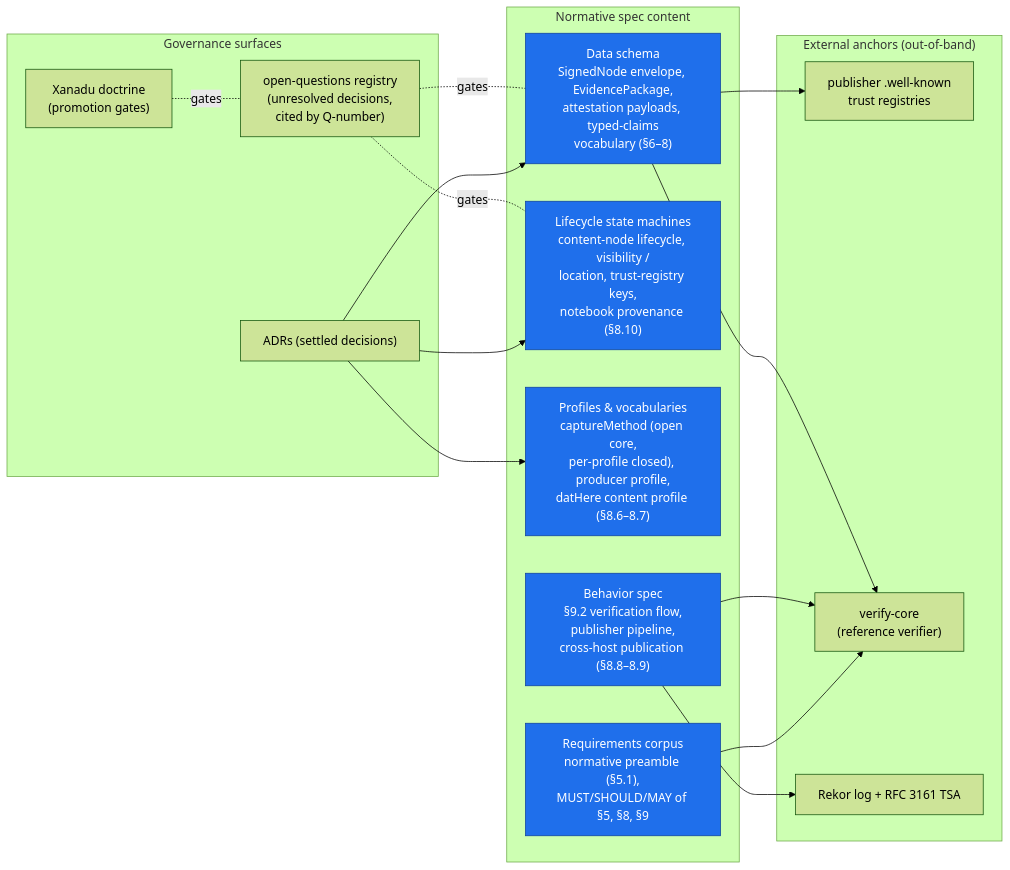
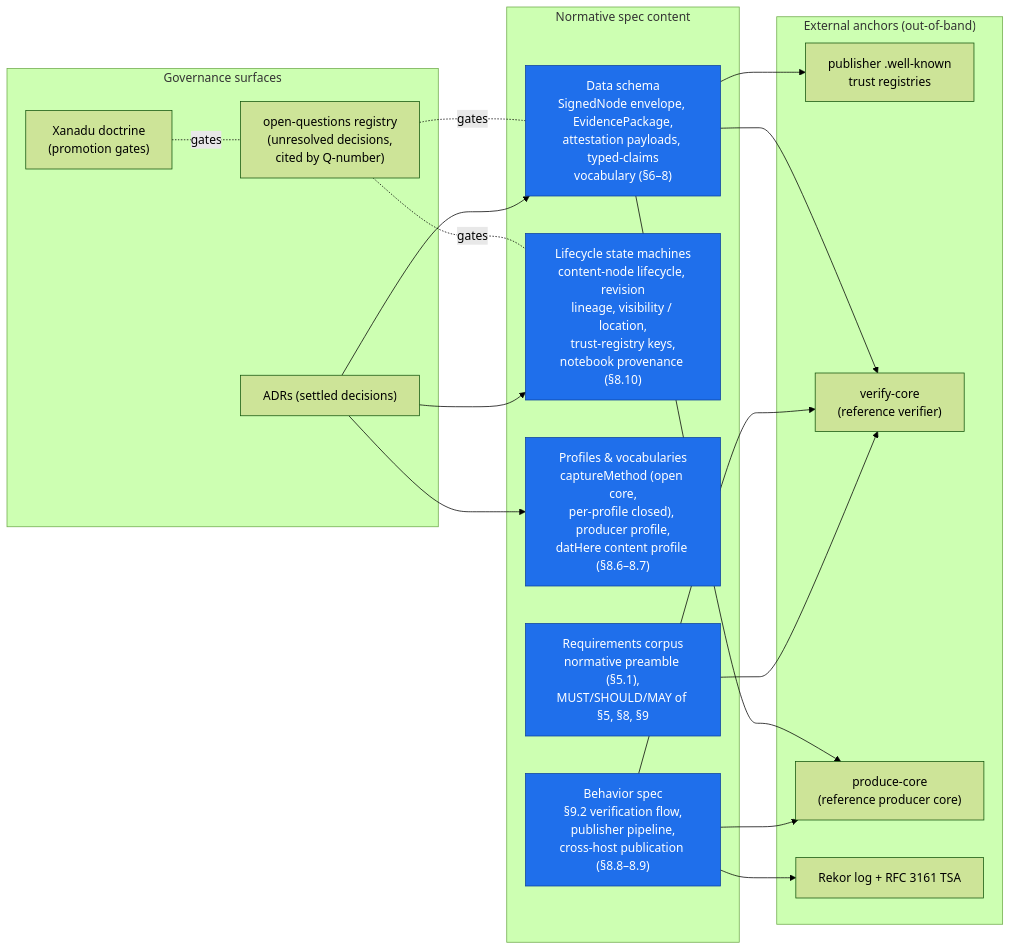
Before and after one commit to npstorey/civic-ai-tools: the fourth of 6 diagrams in research/05-typed-standards-spec-architecture-views.md, drawn with Mermaid (forest theme). The commit also changed other lines of this file and 11 other files, not shown here.

````diff
--- a/research/05-typed-standards-spec-architecture-views.md
+++ b/research/05-typed-standards-spec-architecture-views.md
@@ -114,37 +121,40 @@
 ```mermaid
 flowchart LR
     subgraph Gov["Governance surfaces"]
         OQ["open-questions registry<br/>(unresolved decisions,<br/>cited by Q-number)"]
         ADR["ADRs (settled decisions)"]
         XAN["Xanadu doctrine<br/>(promotion gates)"]
     end
 
     subgraph Spec["Normative spec content"]
         SCHEMA["Data schema<br/>SignedNode envelope, EvidencePackage,<br/>attestation payloads, typed-claims<br/>vocabulary (§6–8)"]:::spec
-        LIFE["Lifecycle state machines<br/>content-node lifecycle, visibility /<br/>location, trust-registry keys,<br/>notebook provenance (§8.10)"]:::spec
+        LIFE["Lifecycle state machines<br/>content-node lifecycle, revision<br/>lineage, visibility / location,<br/>trust-registry keys,<br/>notebook provenance (§8.10)"]:::spec
         PROF["Profiles & vocabularies<br/>captureMethod (open core,<br/>per-profile closed), producer profile,<br/>datHere content profile (§8.6–8.7)"]:::spec
         BEHAV["Behavior spec<br/>§9.2 verification flow,<br/>publisher pipeline,<br/>cross-host publication (§8.8–8.9)"]:::spec
         REQ["Requirements corpus<br/>normative preamble (§5.1),<br/>MUST/SHOULD/MAY of §5, §8, §9"]:::spec
     end
 
     subgraph Ext["External anchors (out-of-band)"]
         TREG["publisher .well-known<br/>trust registries"]
         VC["verify-core<br/>(reference verifier)"]
+        PC["produce-core<br/>(reference producer core)"]
         REK["Rekor log + RFC 3161 TSA"]
     end
 
     XAN -.gates.- OQ
     OQ -.gates.- SCHEMA
     OQ -.gates.- LIFE
     ADR --> SCHEMA
     ADR --> LIFE
     ADR --> PROF
 
     SCHEMA --> TREG
     SCHEMA --> VC
+    SCHEMA --> PC
     BEHAV --> VC
+    BEHAV --> PC
     BEHAV --> REK
     REQ --> VC
 
     classDef spec fill:#1f6feb,stroke:#0d419d,color:#ffffff
 ```
````
